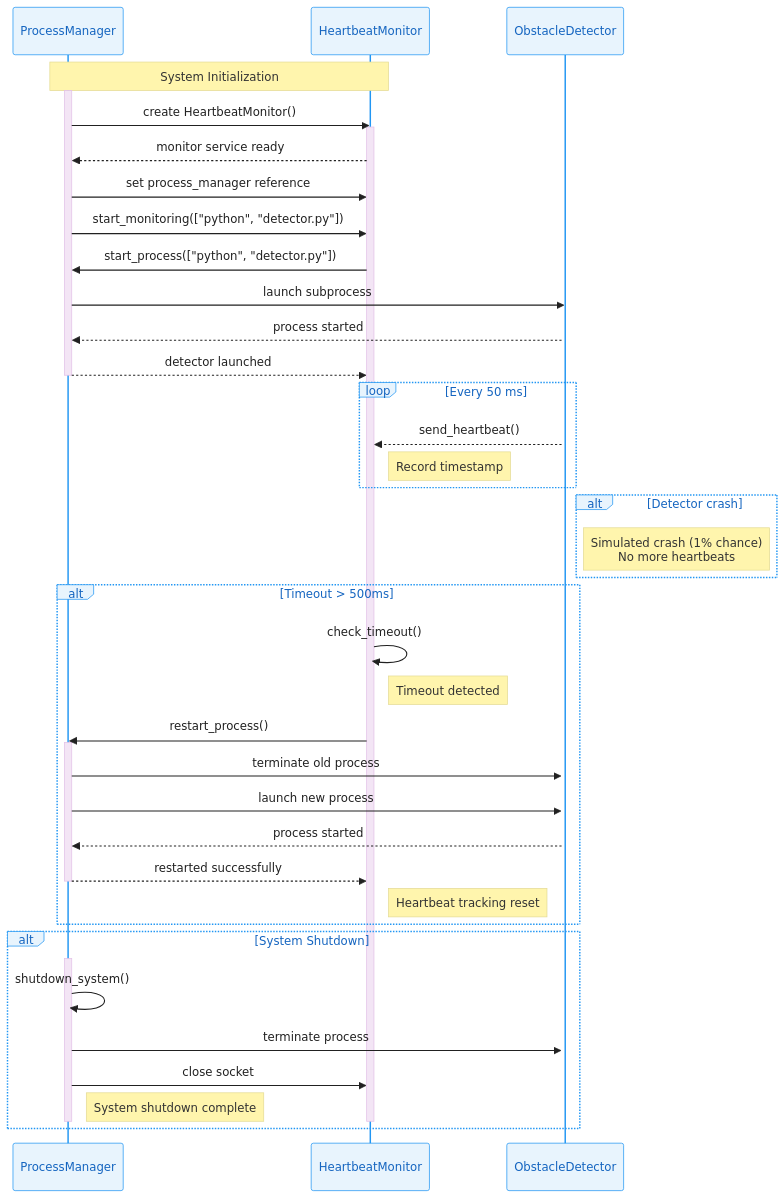
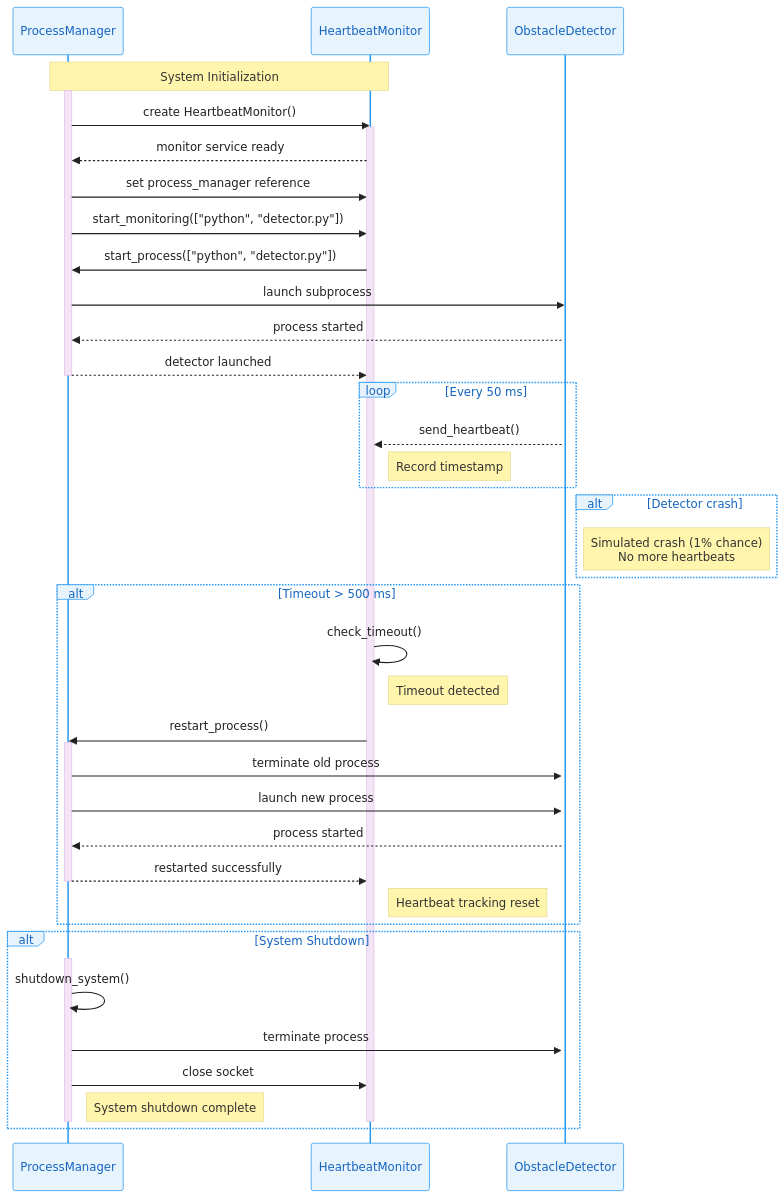
The second of 2 diagrams in docs/software_architecture.md (ajbarea/heartbeat-obstacle-detector), drawn with Mermaid before and after one commit.

````diff
--- a/docs/software_architecture.md
+++ b/docs/software_architecture.md
@@ -96,54 +96,54 @@
 ```mermaid
 %%{init: {"theme": "base", "themeVariables": {"primaryColor": "#E8F4FD", "primaryBorderColor": "#2196F3", "primaryTextColor": "#1565C0", "secondaryColor": "#F3E5F5", "secondaryBorderColor": "#9C27B0", "secondaryTextColor": "#6A1B9A", "tertiaryColor": "#E8F5E8", "tertiaryBorderColor": "#4CAF50", "tertiaryTextColor": "#2E7D32", "lineColor": "#424242", "background": "#FAFAFA", "textColor": "#212121", "nodeTextColor": "#1565C0", "edgeLabelBackground": "#FFFFFF", "clusterBkg": "#F5F5F5", "clusterBorder": "#BDBDBD", "fillType0": "#E3F2FD", "fillType1": "#F3E5F5", "fillType2": "#E8F5E8", "fillType3": "#FFF3E0", "fillType4": "#FCE4EC", "fillType5": "#F1F8E9", "fillType6": "#E0F2F1", "fillType7": "#FFF8E1"}}}%%
 sequenceDiagram
     participant P as ProcessManager
     participant M as HeartbeatMonitor
     participant W as ObstacleDetector
 
     Note over P,M: System Initialization
     activate P
     P->>M: create HeartbeatMonitor()
     activate M
     M-->>P: monitor service ready
     P->>M: set process_manager reference
     P->>M: start_monitoring(["python", "detector.py"])
     M->>P: start_process(["python", "detector.py"])
     P->>W: launch subprocess
     activate W
     W-->>P: process started
     P-->>M: detector launched
     deactivate P
 
     loop Every 50 ms
         W-->>M: send_heartbeat()
         Note right of M: Record timestamp
     end
 
     alt Detector crash
         Note right of W: Simulated crash (1% chance)<br>No more heartbeats
     end
 
-    alt Timeout > 500ms
+    alt Timeout > 500 ms
         M->>M: check_timeout()
         Note right of M: Timeout detected
         M->>P: restart_process()
         activate P
         P->>W: terminate old process
         P->>W: launch new process
         activate W
         W-->>P: process started
         P-->>M: restarted successfully
         deactivate P
         Note right of M: Heartbeat tracking reset
     end
 
     alt System Shutdown
         activate P
         P->>P: shutdown_system()
         P->>W: terminate process
         P->>M: close socket
         Note right of P: System shutdown complete
         deactivate M
         deactivate P
     end
 ```
````
